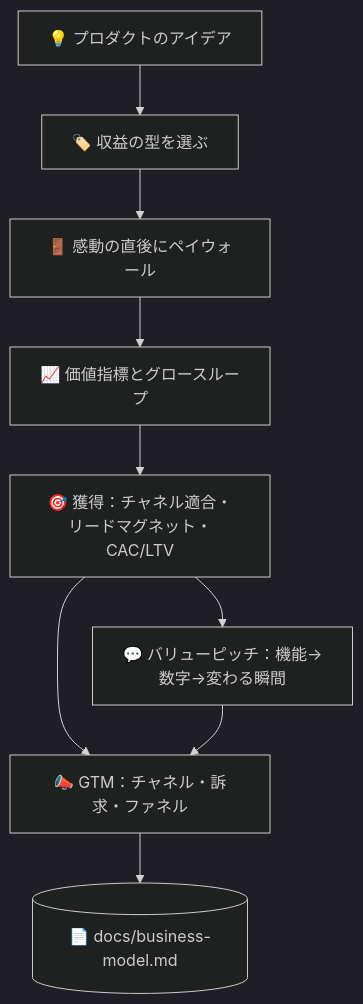
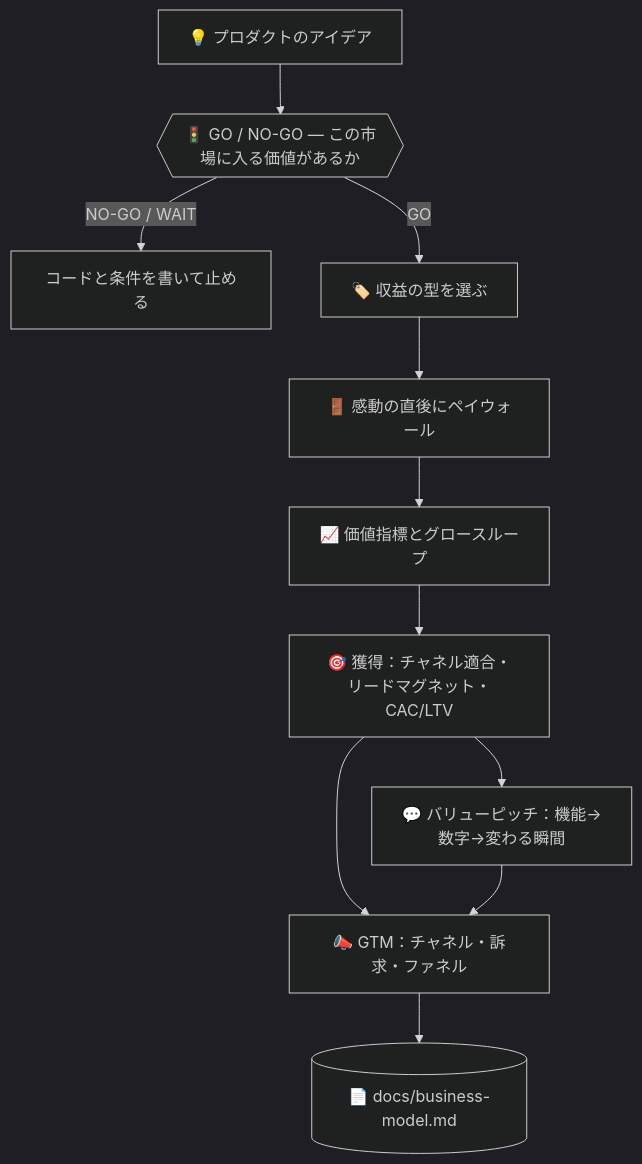
The diagram in skills/superforge-biz/README.ja.md (takaoumehara/superforge-skill), drawn with Mermaid (dark theme) before and after one commit. The commit also changed other lines of this file and 92 other files, not shown here.

````diff
--- a/skills/superforge-biz/README.ja.md
+++ b/skills/superforge-biz/README.ja.md
@@ -23,11 +23,13 @@
 ```mermaid
 flowchart TD
-    I[💡 プロダクトのアイデア] --> A[🏷️ 収益の型を選ぶ]
+    I[💡 プロダクトのアイデア] --> Z{{🚦 GO / NO-GO — この市場に入る価値があるか}}
+    Z -->|NO-GO / WAIT| ZS[コードと条件を書いて止める]
+    Z -->|GO| A[🏷️ 収益の型を選ぶ]
     A --> B[🚪 感動の直後にペイウォール]
     B --> C[📈 価値指標とグロースループ]
     C --> D[🎯 獲得：チャネル適合・リードマグネット・CAC/LTV]
     D --> P[💬 バリューピッチ：機能→数字→変わる瞬間]
     D --> E2[📣 GTM：チャネル・訴求・ファネル]
     P --> E2
     E2 --> E[(📄 docs/business-model.md)]
 ```
````
